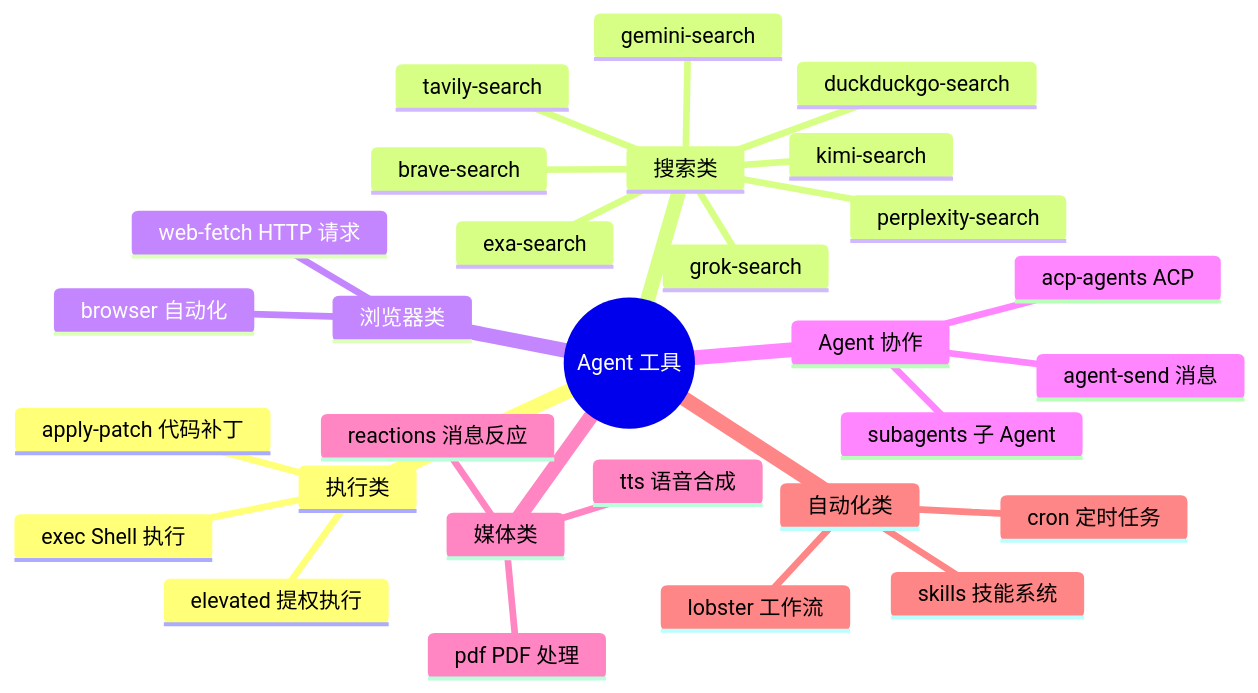
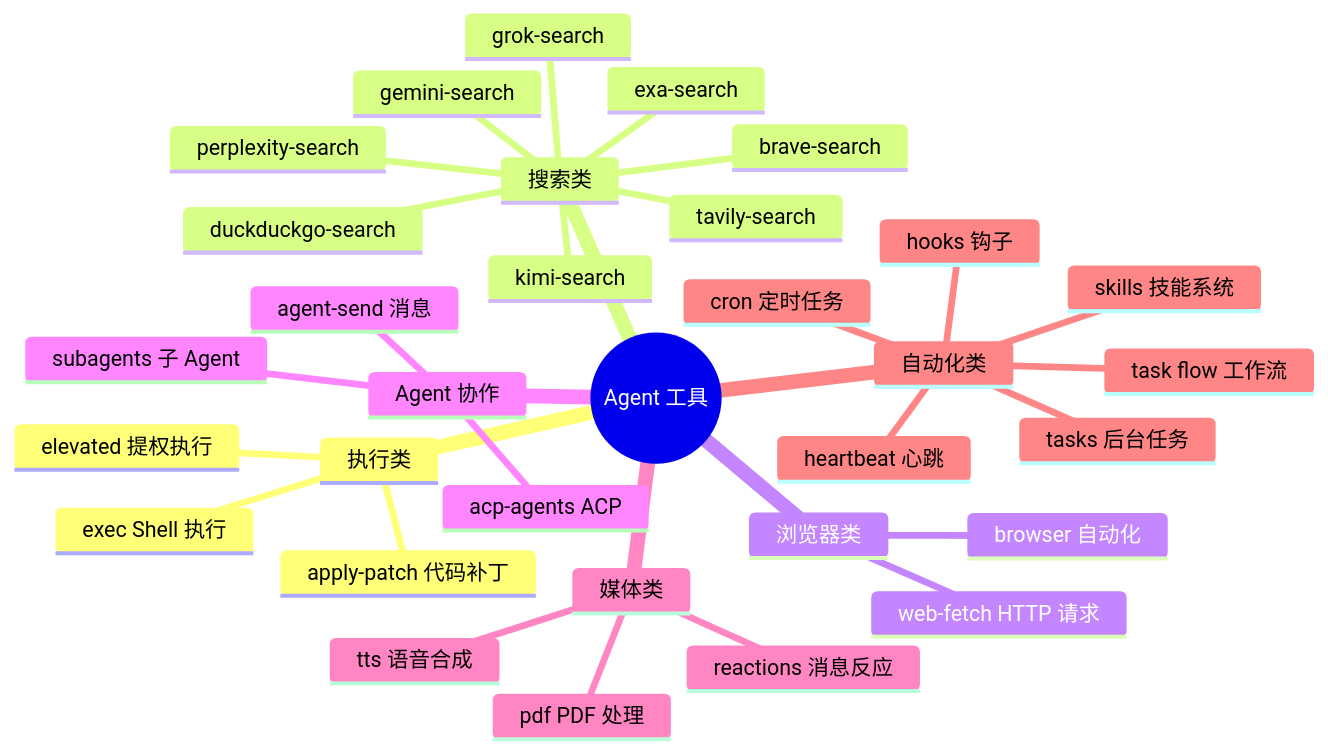
Before and after one commit to Cleam/openclaw: the first of 4 diagrams in learn/11-tools.md, drawn with Mermaid. The commit also changed other lines of this file and 6 other files, not shown here.

````diff
--- a/learn/11-tools.md
+++ b/learn/11-tools.md
@@ -11,32 +15,35 @@
 ```mermaid
 mindmap
   root((Agent 工具))
     执行类
       exec Shell 执行
       apply-patch 代码补丁
       elevated 提权执行
     搜索类
       brave-search
       perplexity-search
       gemini-search
       grok-search
       kimi-search
       duckduckgo-search
       exa-search
       tavily-search
     浏览器类
       browser 自动化
       web-fetch HTTP 请求
     Agent 协作
       agent-send 消息
       subagents 子 Agent
       acp-agents ACP
     媒体类
       pdf PDF 处理
       tts 语音合成
       reactions 消息反应
     自动化类
-      lobster 工作流
       cron 定时任务
+      heartbeat 心跳
+      hooks 钩子
+      tasks 后台任务
+      task flow 工作流
       skills 技能系统
 ```
````
